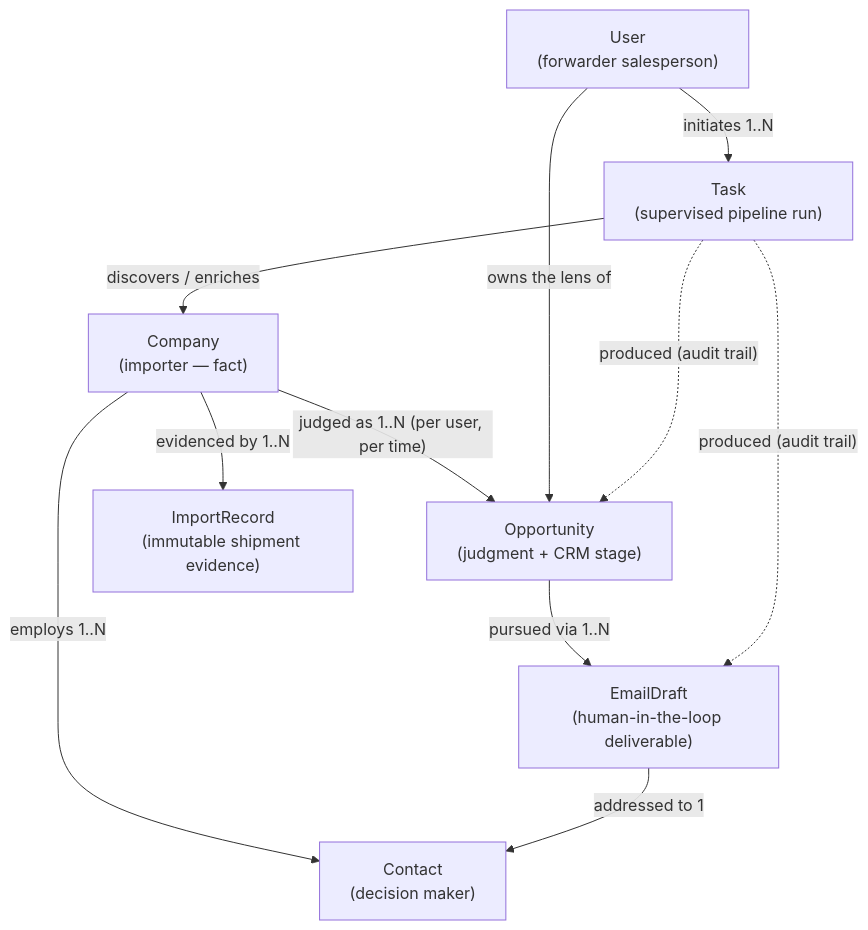
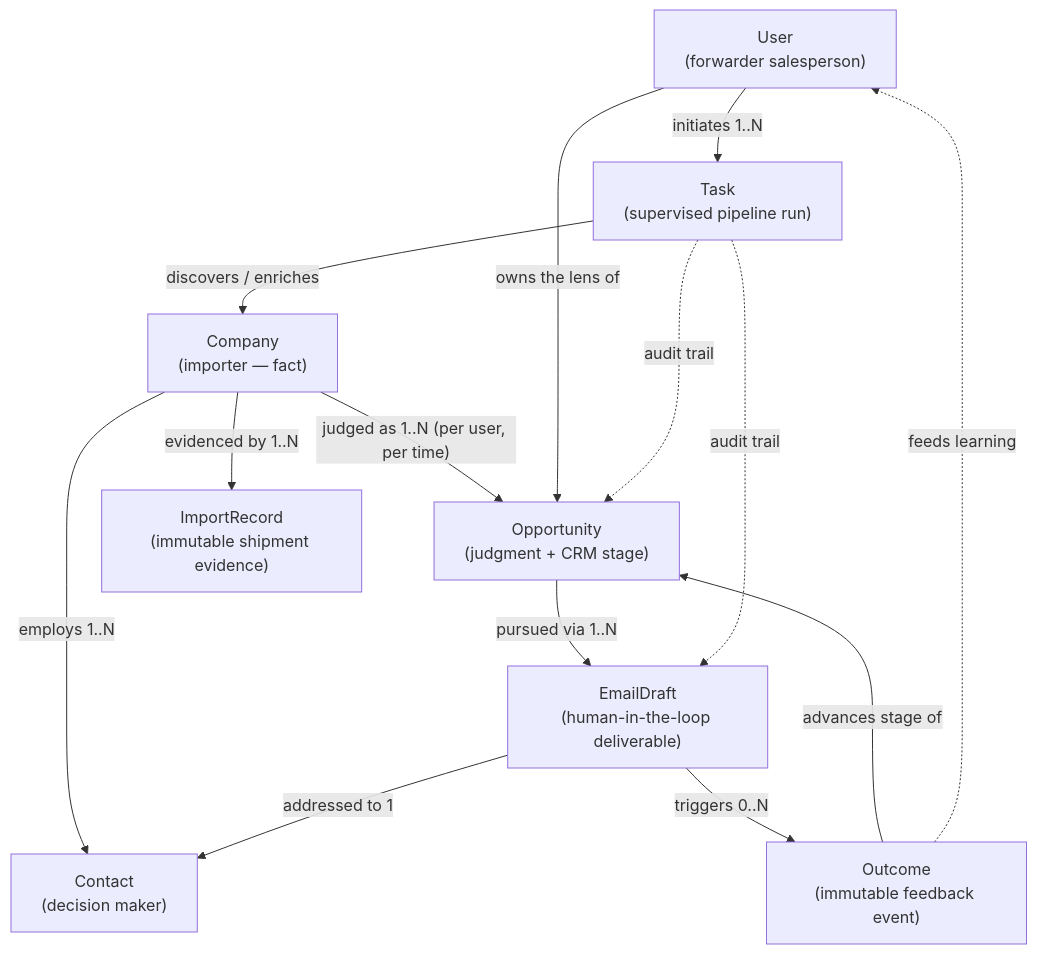
One commit to Lcc-CL/us-importer-hunter changed the diagram in docs/business-domain.md. Above: the diagram before and after it, drawn with Mermaid. The commit also changed other lines of this file, not shown here.

Commit message:
docs: business domain v2 — 8 entities with lifecycle/behaviors, add Outcome (Sprint 2 L2)

````diff
--- a/docs/business-domain.md
+++ b/docs/business-domain.md
@@ -161,21 +325,25 @@
 ```mermaid
 graph TD
     USER["User<br/>(forwarder salesperson)"]
     TASK["Task<br/>(supervised pipeline run)"]
     COMPANY["Company<br/>(importer — fact)"]
     OPP["Opportunity<br/>(judgment + CRM stage)"]
     CONTACT["Contact<br/>(decision maker)"]
     IR["ImportRecord<br/>(immutable shipment evidence)"]
     DRAFT["EmailDraft<br/>(human-in-the-loop deliverable)"]
+    OUTCOME["Outcome<br/>(immutable feedback event)"]
 
     USER -->|"initiates 1..N"| TASK
     TASK -->|"discovers / enriches"| COMPANY
     COMPANY -->|"evidenced by 1..N"| IR
     COMPANY -->|"employs 1..N"| CONTACT
     COMPANY -->|"judged as 1..N (per user, per time)"| OPP
     USER -->|"owns the lens of"| OPP
     OPP -->|"pursued via 1..N"| DRAFT
     DRAFT -->|"addressed to 1"| CONTACT
-    TASK -.->|"produced (audit trail)"| OPP
-    TASK -.->|"produced (audit trail)"| DRAFT
+    DRAFT -->|"triggers 0..N"| OUTCOME
+    OUTCOME -->|"advances stage of"| OPP
+    OUTCOME -.->|"feeds learning"| USER
+    TASK -.->|"audit trail"| OPP
+    TASK -.->|"audit trail"| DRAFT
 ```
````
